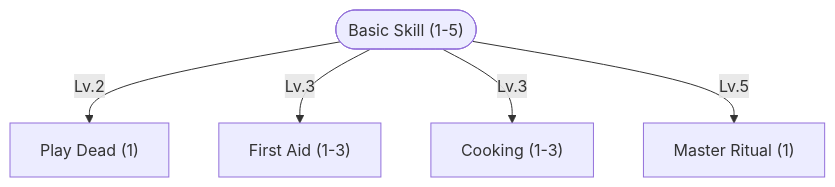
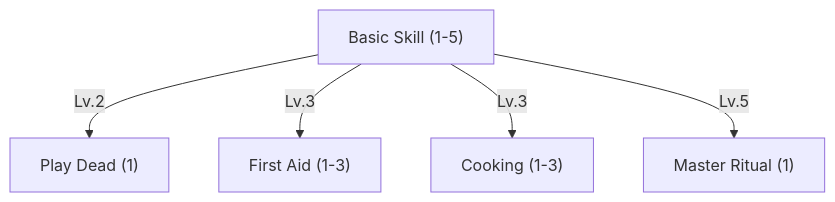
The first of 16 diagrams in content/docs/mechanics/master.md (tfelix/bestia-docs), drawn with Mermaid before and after one commit. The commit also changed other lines of this file and 3 other files, not shown here.

````diff
--- a/content/docs/mechanics/master.md
+++ b/content/docs/mechanics/master.md
@@ -67,13 +67,13 @@
 ```mermaid
 graph TD
-    BasicSkill(["Basic Skill (1-5)"])
+    BasicSkill["Basic Skill (1-5)"]
     PlayDead["Play Dead (1)"]
     FirstAid["First Aid (1-3)"]
     MasterRitual["Master Ritual (1)"]
     Cooking["Cooking (1-3)"]
 
     BasicSkill -->|Lv.2| PlayDead
     BasicSkill -->|Lv.3| FirstAid
     BasicSkill -->|Lv.3| Cooking
     BasicSkill -->|Lv.5| MasterRitual
 ```
````
